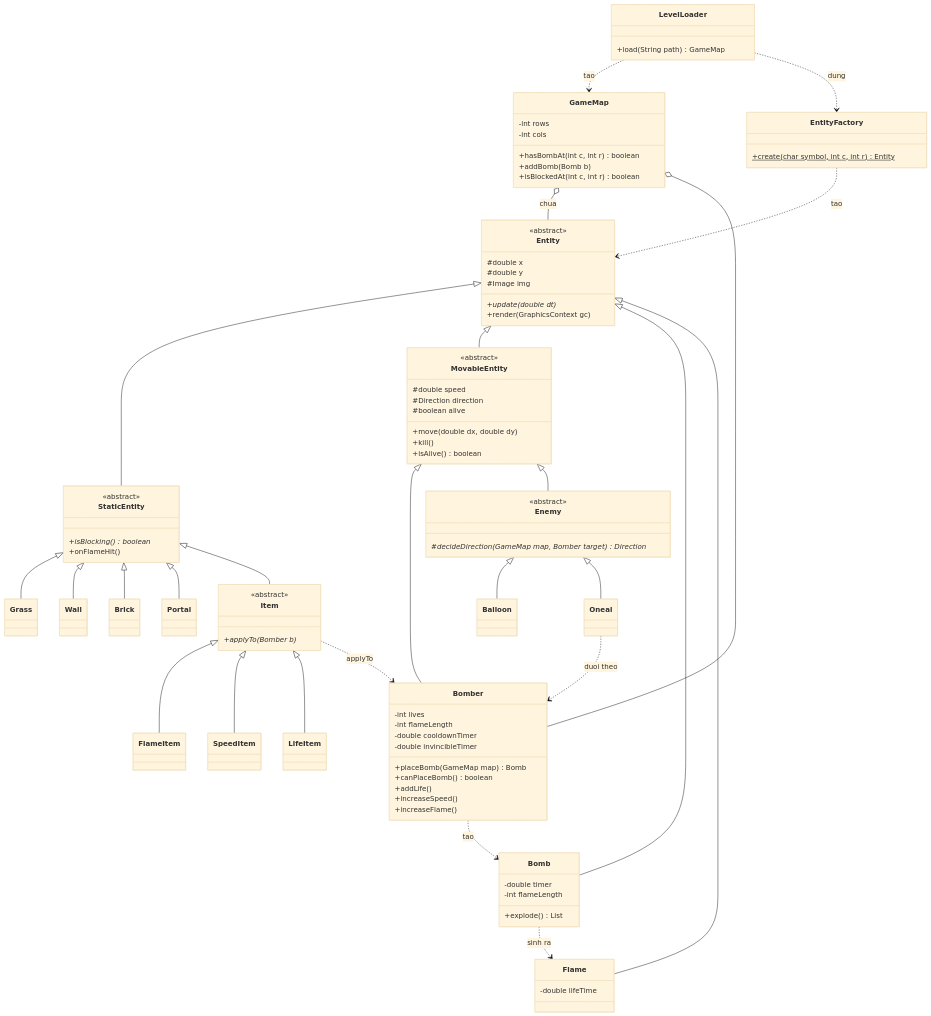
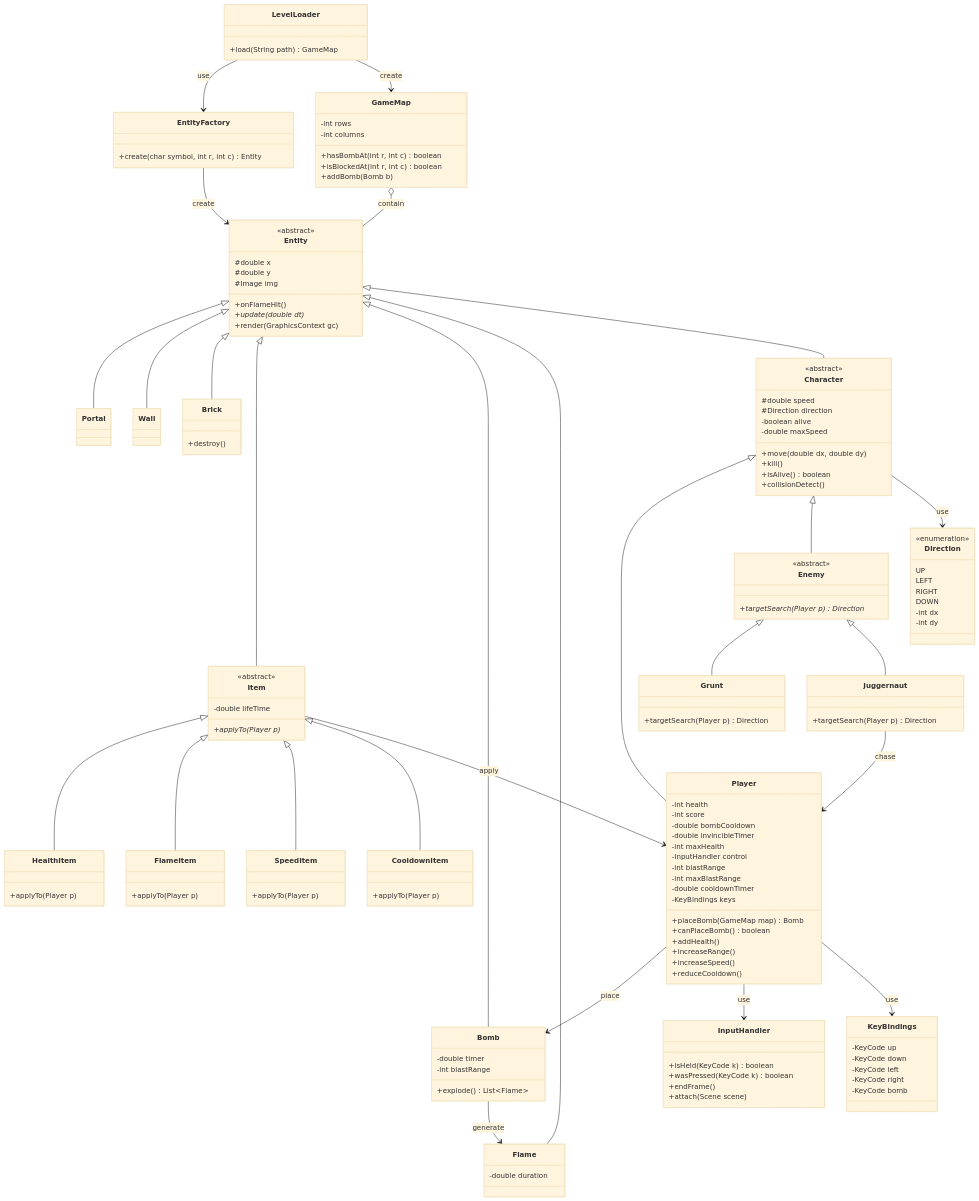
One commit to NGUYENVIETQUANG-2006/Bomberman_Group-1 changed the diagram in README.md. Above: the diagram before and after it, drawn with Mermaid (base theme).

Commit message:
diagram #5

````diff
--- a/README.md
+++ b/README.md
@@ -3,103 +3,150 @@
 ```mermaid
 classDiagram
 direction TB
+
+class LevelLoader {
+  +load(String path) GameMap
+}
+class EntityFactory {
+  +create(char symbol, int r, int c) Entity
+}
+class GameMap {
+  -int rows
+  -int columns
+  +hasBombAt(int r, int c) boolean
+  +isBlockedAt(int r, int c) boolean
+  +addBomb(Bomb b)
+}
 
 class Entity {
   <<abstract>>
   #double x
   #double y
   #Image img
+  +onFlameHit()
   +update(double dt)*
   +render(GraphicsContext gc)
 }
-class StaticEntity {
+class Portal
+class Wall
+class Brick {
+  +destroy()
+}
+class Bomb {
+  -double timer
+  -int blastRange
+  +explode() List~Flame~
+}
+class Flame {
+  -double duration
+}
+
+class Item {
   <<abstract>>
-  +isBlocking() boolean*
-  +onFlameHit()
+  -double lifeTime
+  +applyTo(Player p)*
 }
-class MovableEntity {
+class HealthItem {
+  +applyTo(Player p)
+}
+class FlameItem {
+  +applyTo(Player p)
+}
+class SpeedItem {
+  +applyTo(Player p)
+}
+class CooldownItem {
+  +applyTo(Player p)
+}
+
+class Character {
   <<abstract>>
   #double speed
   #Direction direction
-  #boolean alive
+  -boolean alive
+  -double maxSpeed
   +move(double dx, double dy)
   +kill()
   +isAlive() boolean
+  +collisionDetect()
 }
-class Item {
-  <<abstract>>
-  +applyTo(Bomber b)*
-}
-class Grass
-class Wall
-class Brick
-class Portal
-class FlameItem
-class SpeedItem
-class LifeItem
-class Bomb {
-  -double timer
-  -int flameLength
-  +explode() List
-}
-class Flame {
-  -double lifeTime
-}
-class Bomber {
-  -int lives
-  -int flameLength
+class Player {
+  -int health
+  -int score
+  -double bombCooldown
+  -double invincibleTimer
+  -int maxHealth
+  -InputHandler control
+  -int blastRange
+  -int maxBlastRange
   -double cooldownTimer
-  -double invincibleTimer
+  -KeyBindings keys
   +placeBomb(GameMap map) Bomb
   +canPlaceBomb() boolean
-  +addLife()
+  +addHealth()
+  +increaseRange()
   +increaseSpeed()
-  +increaseFlame()
+  +reduceCooldown()
 }
 class Enemy {
   <<abstract>>
-  #decideDirection(GameMap map, Bomber target) Direction*
+  +targetSearch(Player p) Direction*
 }
-class Balloon
-class Oneal
-class GameMap {
-  -int rows
-  -int cols
-  +hasBombAt(int c, int r) boolean
-  +addBomb(Bomb b)
-  +isBlockedAt(int c, int r) boolean
+class Grunt {
+  +targetSearch(Player p) Direction
 }
-class EntityFactory {
-  +create(char symbol, int c, int r) Entity$
-}
-class LevelLoader {
-  +load(String path) GameMap
+class Juggernaut {
+  +targetSearch(Player p) Direction
 }
 
-Entity <|-- StaticEntity
-Entity <|-- MovableEntity
+class Direction {
+  <<enumeration>>
+  UP
+  LEFT
+  RIGHT
+  DOWN
+  -int dx
+  -int dy
+}
+class InputHandler {
+  +isHeld(KeyCode k) boolean
+  +wasPressed(KeyCode k) boolean
+  +endFrame()
+  +attach(Scene scene)
+}
+class KeyBindings {
+  -KeyCode up
+  -KeyCode down
+  -KeyCode left
+  -KeyCode right
+  -KeyCode bomb
+}
+
+Entity <|-- Portal
+Entity <|-- Wall
+Entity <|-- Brick
+Entity <|-- Item
 Entity <|-- Bomb
 Entity <|-- Flame
-StaticEntity <|-- Grass
-StaticEntity <|-- Wall
-StaticEntity <|-- Brick
-StaticEntity <|-- Portal
-StaticEntity <|-- Item
+Entity <|-- Character
+Item <|-- HealthItem
 Item <|-- FlameItem
 Item <|-- SpeedItem
-Item <|-- LifeItem
-MovableEntity <|-- Bomber
-MovableEntity <|-- Enemy
-Enemy <|-- Balloon
-Enemy <|-- Oneal
+Item <|-- CooldownItem
+Character <|-- Player
+Character <|-- Enemy
+Enemy <|-- Grunt
+Enemy <|-- Juggernaut
 
-GameMap o-- Entity : chua
-GameMap o-- Bomber
-Bomber ..> Bomb : tao
-Bomb ..> Flame : sinh ra
-Item ..> Bomber : applyTo
-Oneal ..> Bomber : duoi theo
-LevelLoader ..> GameMap : tao
-LevelLoader ..> EntityFactory : dung
-EntityFactory ..> Entity : tao
+LevelLoader --> EntityFactory : use
+LevelLoader --> GameMap : create
+EntityFactory --> Entity : create
+GameMap o-- Entity : contain
+Player --> Bomb : place
+Bomb --> Flame : generate
+Item --> Player : apply
+Juggernaut --> Player : chase
+Character --> Direction : use
+Player --> InputHandler : use
+Player --> KeyBindings : use
 ```
````
